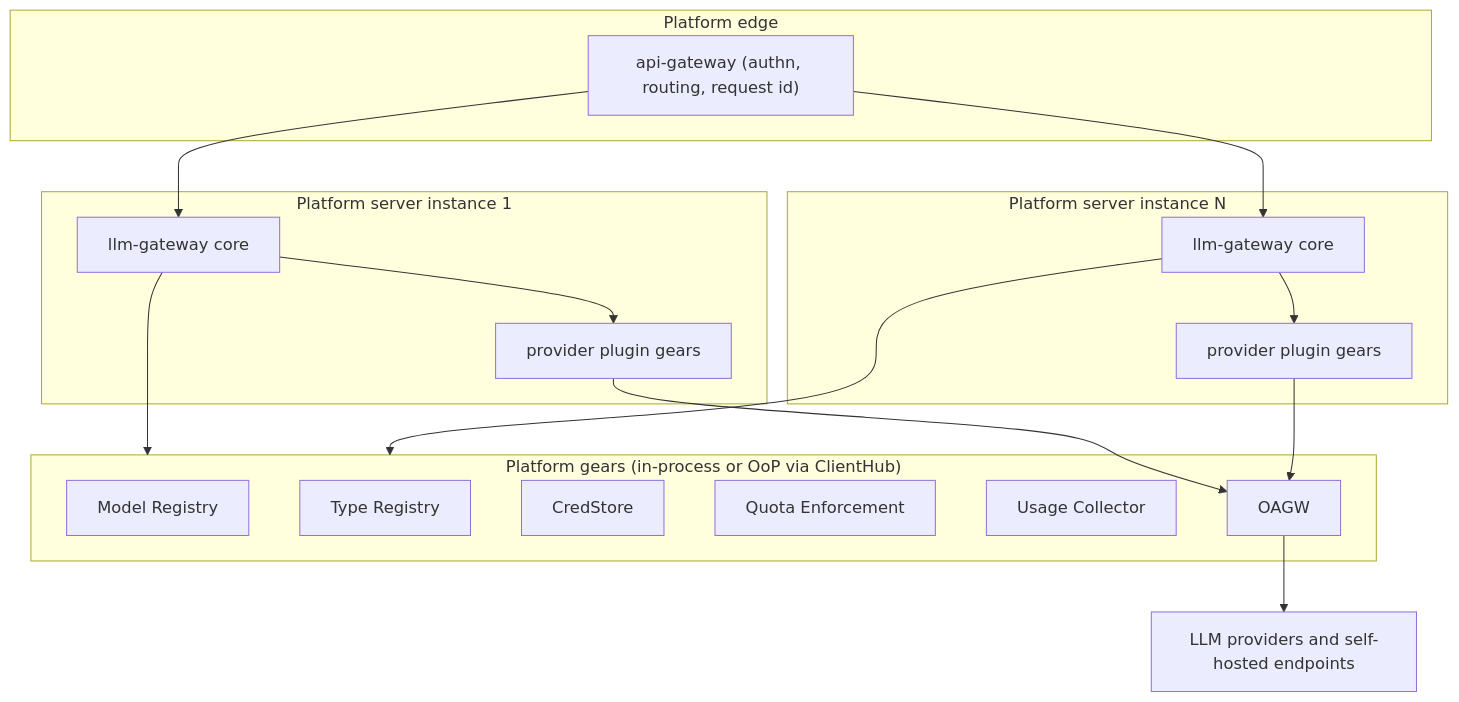
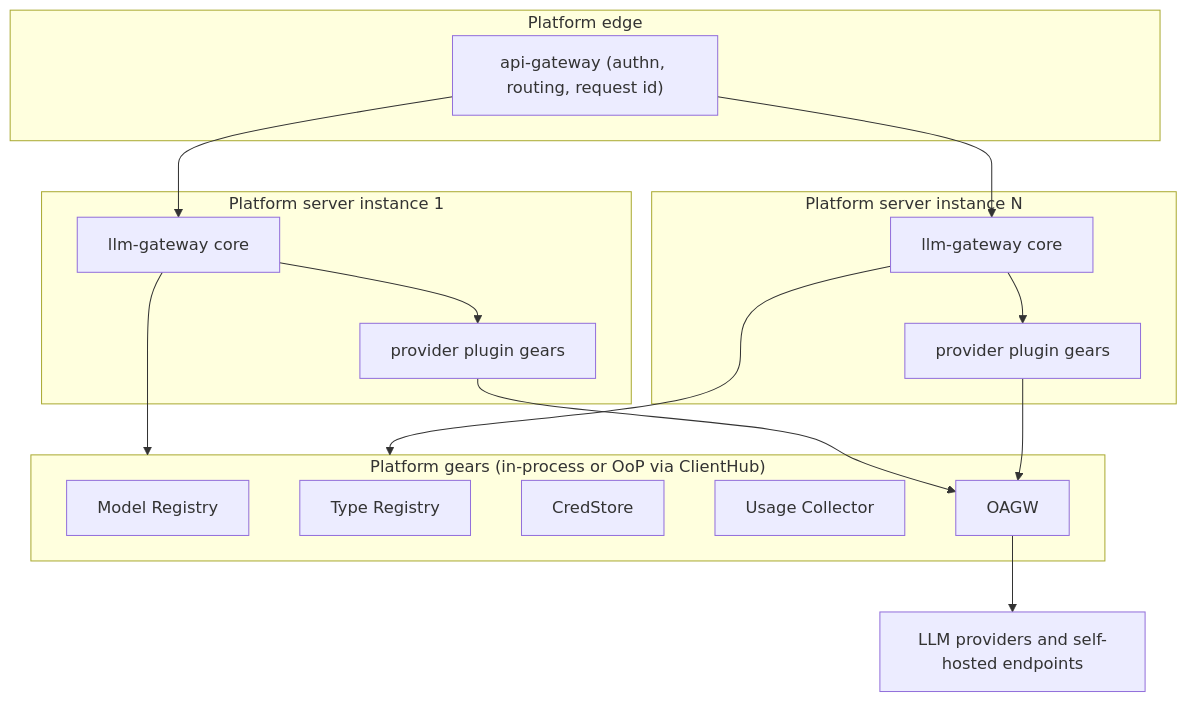
Diagram 14 of 14 in gears/llm-gateway/docs/DESIGN.md (AndIConstructor/gears-rust), drawn with Mermaid before and after one commit. The commit also changed other lines of this file and 1 other file, not shown here.

````diff
--- a/gears/llm-gateway/docs/DESIGN.md
+++ b/gears/llm-gateway/docs/DESIGN.md
@@ -1155,32 +1094,31 @@
 ```mermaid
 graph TB
     subgraph EDGE["Platform edge"]
         AG["api-gateway (authn, routing, request id)"]
     end
     subgraph NODE1["Platform server instance 1"]
         GW1["llm-gateway core"]
         PL1["provider plugin gears"]
     end
     subgraph NODEN["Platform server instance N"]
         GWN["llm-gateway core"]
         PLN["provider plugin gears"]
     end
     subgraph PLAT["Platform gears (in-process or OoP via ClientHub)"]
         MR["Model Registry"]
         TY["Type Registry"]
         CS["CredStore"]
-        QE["Quota Enforcement"]
         UC["Usage Collector"]
         OAGW["OAGW"]
     end
     PROV["LLM providers and self-hosted endpoints"]
     AG --> GW1
     AG --> GWN
     GW1 --> PL1
     GWN --> PLN
     GW1 --> PLAT
     GWN --> PLAT
     PL1 --> OAGW
     PLN --> OAGW
     OAGW --> PROV
 ```
````
